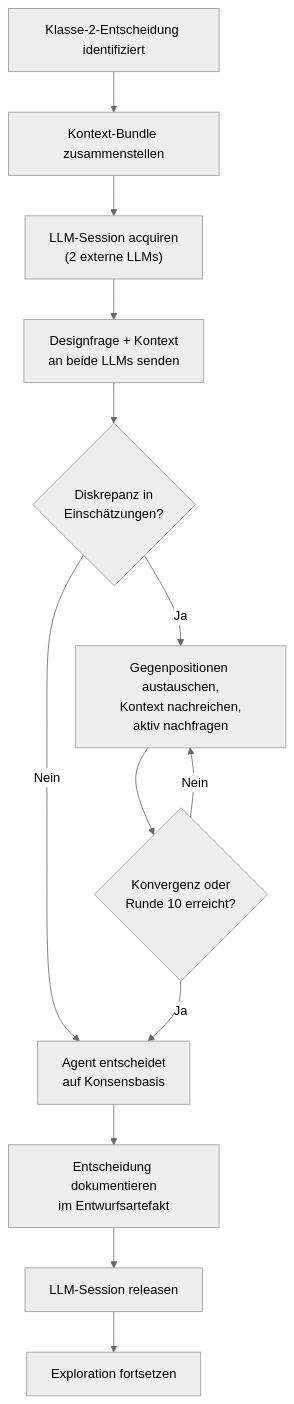
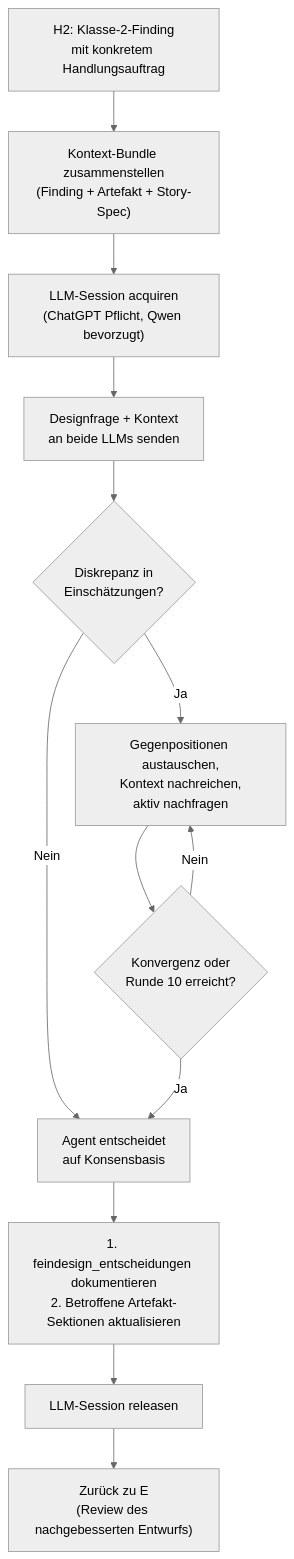
Before and after one commit to saltenhof/claude-agentkit3: the diagram in concept/technical-design/25_mandatsgrenzen_feindesign_autonomie.md, drawn with Mermaid (neutral theme). The commit also changed other lines of this file and 26 other files, not shown here.

Commit message:
Refine AgentKit 3 architecture concepts

````diff
--- a/concept/technical-design/25_mandatsgrenzen_feindesign_autonomie.md
+++ b/concept/technical-design/25_mandatsgrenzen_feindesign_autonomie.md
@@ -350,15 +420,15 @@
 ```mermaid
 flowchart TD
-    TRIGGER["Klasse-2-Entscheidung identifiziert"] --> CONTEXT["Kontext-Bundle zusammenstellen"]
-    CONTEXT --> ACQUIRE["LLM-Session acquiren<br/>(2 externe LLMs)"]
+    TRIGGER["H2: Klasse-2-Finding<br/>mit konkretem Handlungsauftrag"] --> CONTEXT["Kontext-Bundle zusammenstellen<br/>(Finding + Artefakt + Story-Spec)"]
+    CONTEXT --> ACQUIRE["LLM-Session acquiren<br/>(ChatGPT Pflicht, Qwen bevorzugt)"]
     ACQUIRE --> INITIAL["Designfrage + Kontext<br/>an beide LLMs senden"]
     INITIAL --> ASSESS{"Diskrepanz in<br/>Einschätzungen?"}
     ASSESS -- Nein --> DECIDE["Agent entscheidet<br/>auf Konsensbasis"]
     ASSESS -- Ja --> DISCUSS["Gegenpositionen austauschen,<br/>Kontext nachreichen,<br/>aktiv nachfragen"]
     DISCUSS --> ROUND{"Konvergenz oder<br/>Runde 10 erreicht?"}
     ROUND -- Nein --> DISCUSS
     ROUND -- Ja --> DECIDE
-    DECIDE --> DOCUMENT["Entscheidung dokumentieren<br/>im Entwurfsartefakt"]
+    DECIDE --> DOCUMENT["1. feindesign_entscheidungen dokumentieren<br/>2. Betroffene Artefakt-Sektionen aktualisieren"]
     DOCUMENT --> RELEASE["LLM-Session releasen"]
-    RELEASE --> CONTINUE["Exploration fortsetzen"]
+    RELEASE --> REVIEW["Zurück zu E<br/>(Review des nachgebesserten Entwurfs)"]
 ```
````
